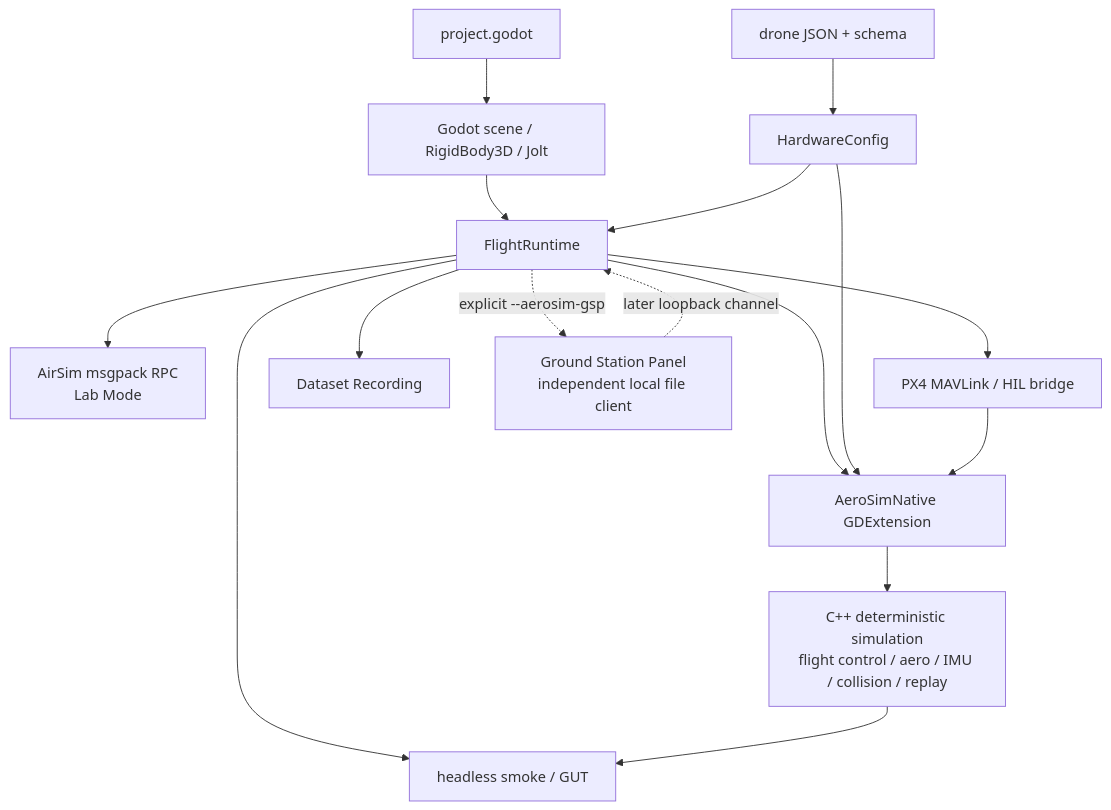
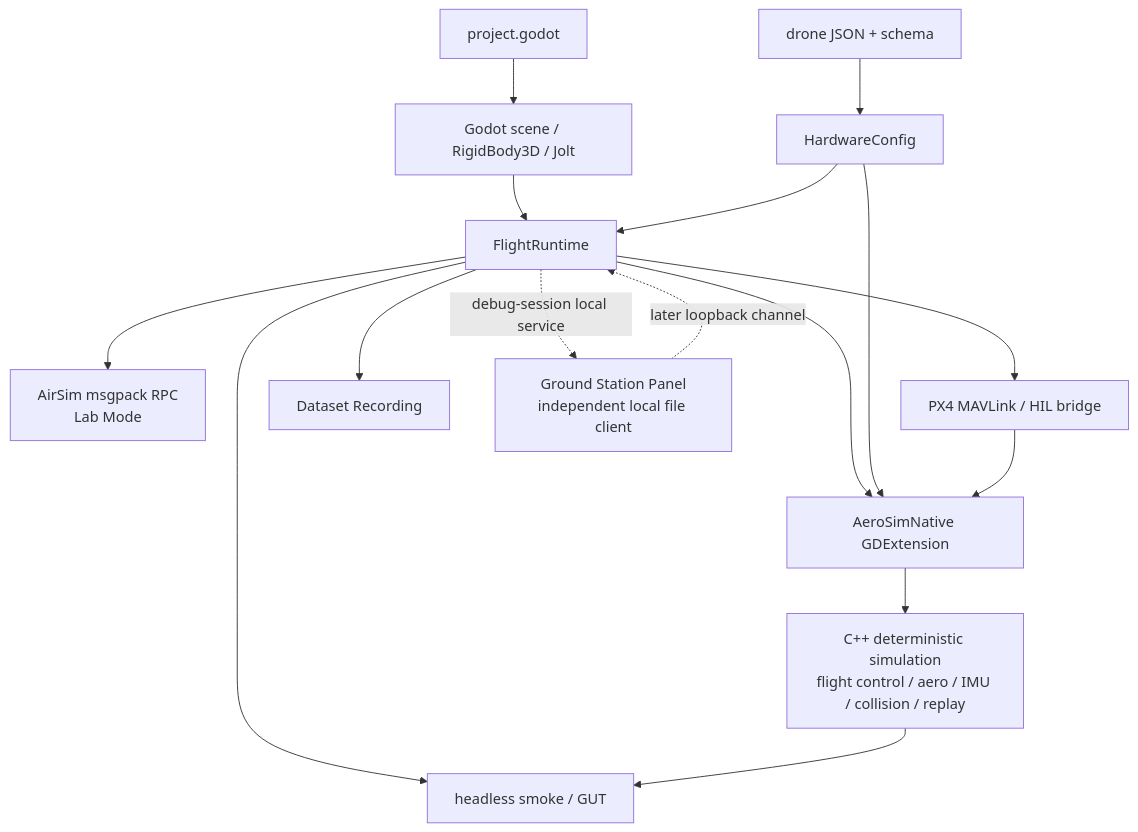
Before and after one commit to KarlSideProjects/AeroSim: the first of 5 diagrams in docs/wiki/architecture.md, drawn with Mermaid. The commit also changed other lines of this file and 20 other files, not shown here.

````diff
--- a/docs/wiki/architecture.md
+++ b/docs/wiki/architecture.md
@@ -31,18 +31,18 @@
 ```mermaid
 flowchart TD
     Project[project.godot] --> Scene[Godot scene / RigidBody3D / Jolt]
     Scene --> Runtime[FlightRuntime]
     Runtime --> Native[AeroSimNative GDExtension]
     Native --> Core[C++ deterministic simulation\nflight control / aero / IMU / collision / replay]
     Config[drone JSON + schema] --> HardwareConfig[HardwareConfig]
     HardwareConfig --> Runtime
     HardwareConfig --> Native
     Runtime --> AirSim[AirSim msgpack RPC\nLab Mode]
     Runtime --> PX4[PX4 MAVLink / HIL bridge]
     Runtime --> Dataset[Dataset Recording]
-    Runtime -. explicit --aerosim-gsp .-> GSP[Ground Station Panel\nindependent local file client]
+    Runtime -. debug-session local service .-> GSP[Ground Station Panel\nindependent local file client]
     GSP -. later loopback channel .-> Runtime
     PX4 --> Native
     Runtime --> Evidence[headless smoke / GUT]
     Core --> Evidence
 ```
````
